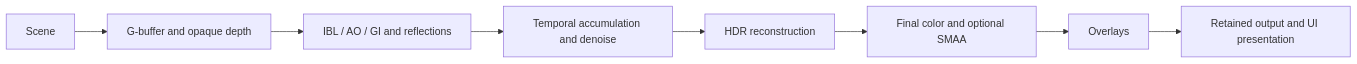
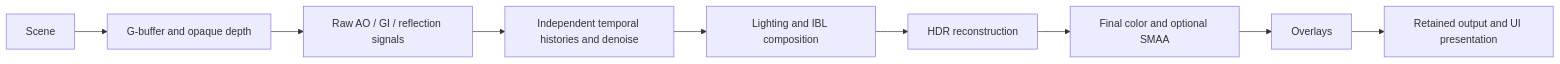
Before and after one commit to ferserc1/bg2e-native: the diagram in doc/deferred_render_model.md, drawn with Mermaid. The commit also changed 124 other files, not shown here.

````diff
--- a/doc/deferred_render_model.md
+++ b/doc/deferred_render_model.md
@@ -18,10 +18,11 @@
 ```mermaid
 flowchart LR
     Scene --> G[G-buffer and opaque depth]
-    G --> L[IBL / AO / GI and reflections]
-    L --> T[Temporal accumulation and denoise]
-    T --> U[HDR reconstruction]
+    G --> R[Raw AO / GI / reflection signals]
+    R --> T[Independent temporal histories and denoise]
+    T --> L[Lighting and IBL composition]
+    L --> U[HDR reconstruction]
     U --> F[Final color and optional SMAA]
     F --> O[Overlays]
     O --> UI[Retained output and UI presentation]
 ```
````
